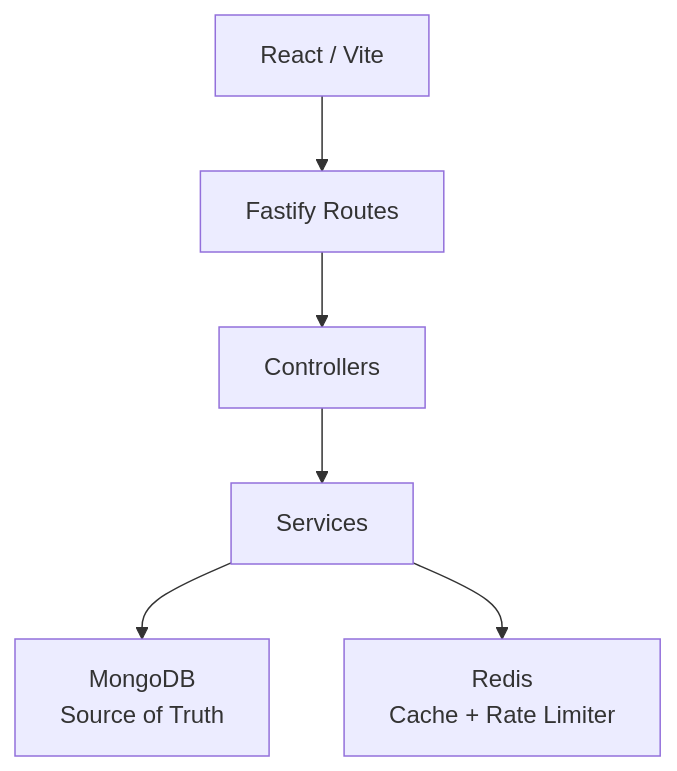
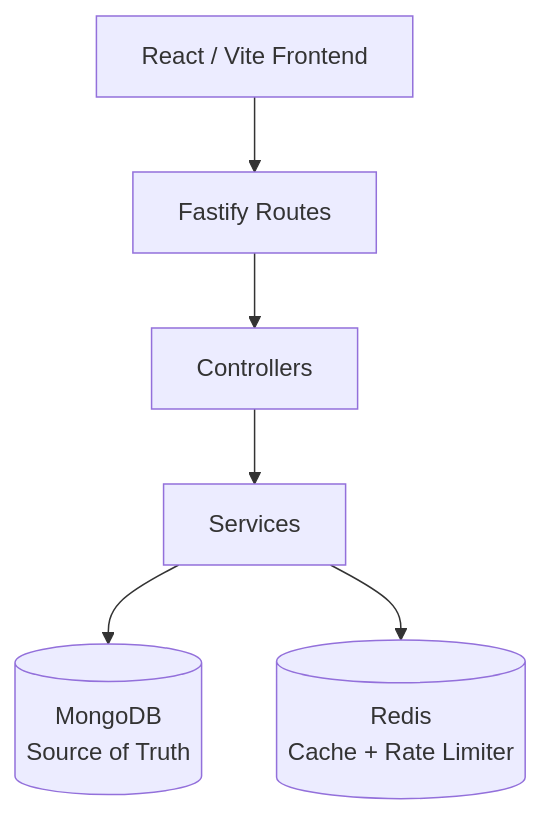
Before and after one commit to abhinav0988/shortify: the diagram in README.md, drawn with Mermaid. The commit also changed other lines of this file, not shown here.

````diff
--- a/README.md
+++ b/README.md
@@ -24,15 +62,17 @@
 ```mermaid
 flowchart TD
-    Browser["React / Vite"]
+    Browser["React / Vite Frontend"]
     Routes["Fastify Routes"]
     Controllers["Controllers"]
     Services["Services"]
-    Mongo["MongoDB<br/>Source of Truth"]
-    Redis["Redis<br/>Cache + Rate Limiter"]
+
+    Mongo[("MongoDB<br/>Source of Truth")]
+    Redis[("Redis<br/>Cache + Rate Limiter")]
 
     Browser --> Routes
     Routes --> Controllers
     Controllers --> Services
+
     Services --> Mongo
     Services --> Redis
 ```
````
